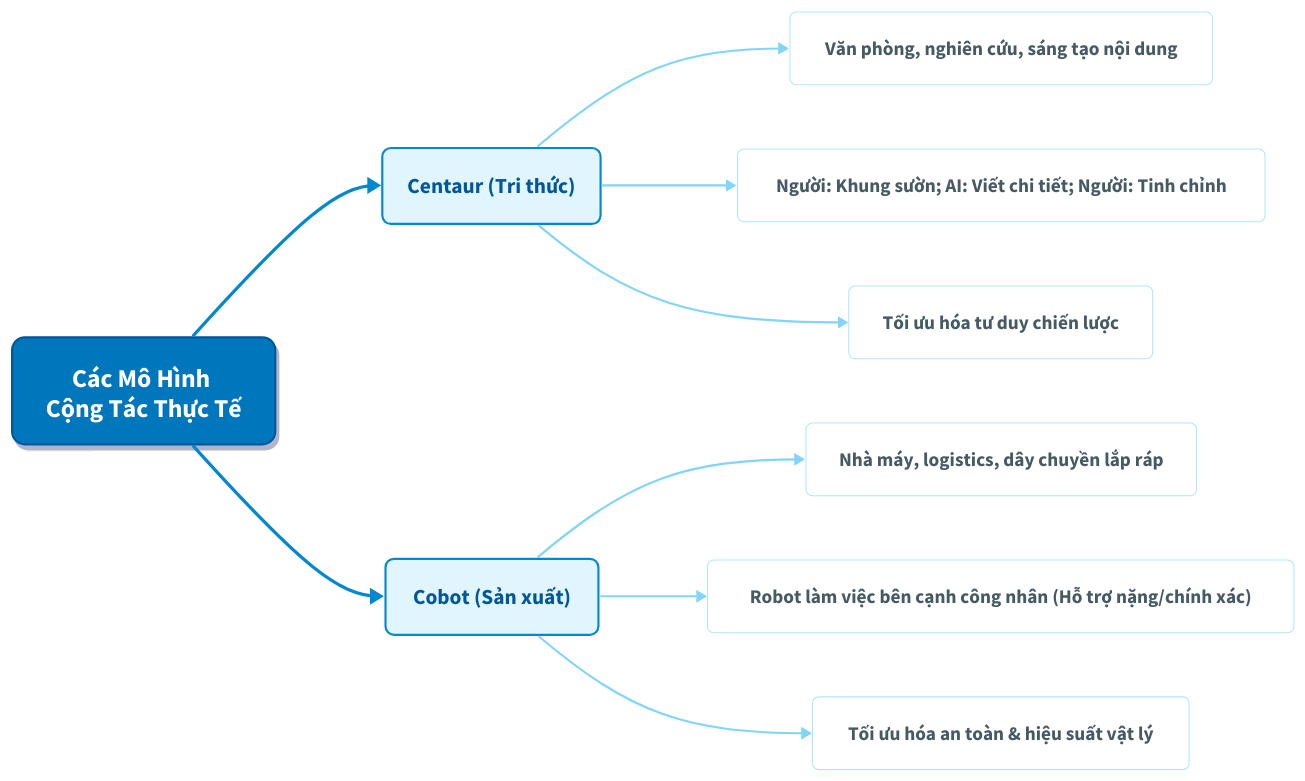
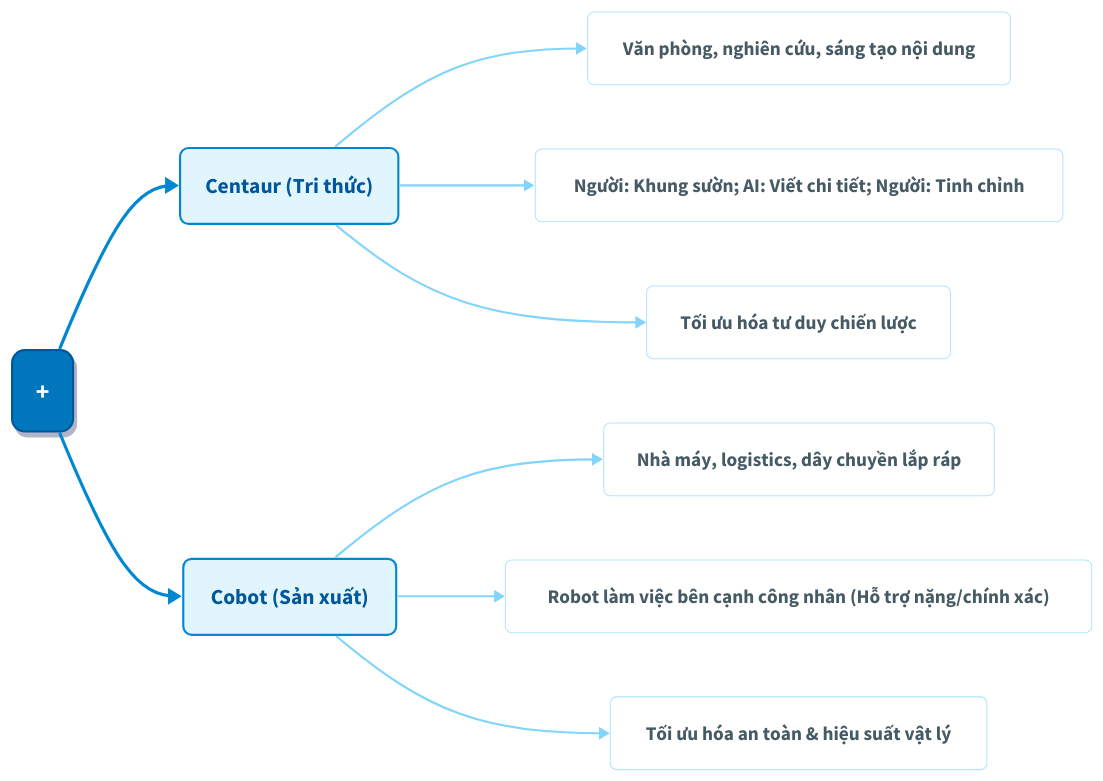
The diagram in content/diagrams/cacmohinhcongtac.d2 (sam-uit/typst-report-template), drawn with D2 before and after one commit.

```diff
--- a/content/diagrams/cacmohinhcongtac.d2
+++ b/content/diagrams/cacmohinhcongtac.d2
@@ -1,86 +1,86 @@
 direction: right
 
 # --- 0. STYLES ---
 style: {
   opacity: 0.0
   fill: transparent
   # stroke: "orange"
   # stroke-width: 5
 }
 
 # ------------------------------
 # STYLING CLASSES (Humanist & Clean Blue/White)
 # ------------------------------
 classes: {
   root_node: {
     style: {
       fill: "#0277bd"
       stroke: "#01579b"
       font-color: "#ffffff"
       stroke-width: 2
       border-radius: 12
       shadow: true
       font-size: 24
     }
   }
 
   category_node: {
     style: {
       fill: "#e1f5fe"
       stroke: "#0288d1"
       font-color: "#01579b"
       stroke-width: 2
       border-radius: 8
       font-size: 20
     }
   }
 
   leaf_node: {
     style: {
       fill: "#ffffff"
       stroke: "#b3e5fc"
       font-color: "#455a64"
       stroke-width: 1
       border-radius: 6
       font-size: 18
       stroke-dash: 0
     }
   }
 }
 
 # ------------------------------
 # NODES & CONTENT
 # ------------------------------
 
 # Root
-Root: Các Mô Hình \n Cộng Tác Thực Tế {class: root_node}
+Root: "+" {class: root_node}
 
 # Branch 1: Centaur
 Centaur: Centaur (Tri thức) {class: category_node}
 
 C_Env: "Văn phòng, nghiên cứu, sáng tạo nội dung" {class: leaf_node}
 C_Collab: "Người: Khung sườn; AI: Viết chi tiết; Người: Tinh chỉnh" {class: leaf_node}
 C_Value: "Tối ưu hóa tư duy chiến lược" {class: leaf_node}
 
 # Branch 2: Cobot
 Cobot: Cobot (Sản xuất) {class: category_node}
 
 Co_Env: "Nhà máy, logistics, dây chuyền lắp ráp" {class: leaf_node}
 Co_Collab: "Robot làm việc bên cạnh công nhân (Hỗ trợ nặng/chính xác)" {class: leaf_node}
 Co_Value: "Tối ưu hóa an toàn & hiệu suất vật lý" {class: leaf_node}
 
 # ------------------------------
 # CONNECTIONS (Curved for Mindmap feel)
 # ------------------------------
 Root -> Centaur: {style: {stroke: "#0288d1"; stroke-width: 3}}
 Root -> Cobot: {style: {stroke: "#0288d1"; stroke-width: 3}}
 
 # Connections for Centaur
 Centaur -> C_Env: {style: {stroke: "#81d4fa"; stroke-width: 2}}
 Centaur -> C_Collab: {style: {stroke: "#81d4fa"; stroke-width: 2}}
 Centaur -> C_Value: {style: {stroke: "#81d4fa"; stroke-width: 2}}
 
 # Connections for Cobot
 Cobot -> Co_Env: {style: {stroke: "#81d4fa"; stroke-width: 2}}
 Cobot -> Co_Collab: {style: {stroke: "#81d4fa"; stroke-width: 2}}
 Cobot -> Co_Value: {style: {stroke: "#81d4fa"; stroke-width: 2}}
```
